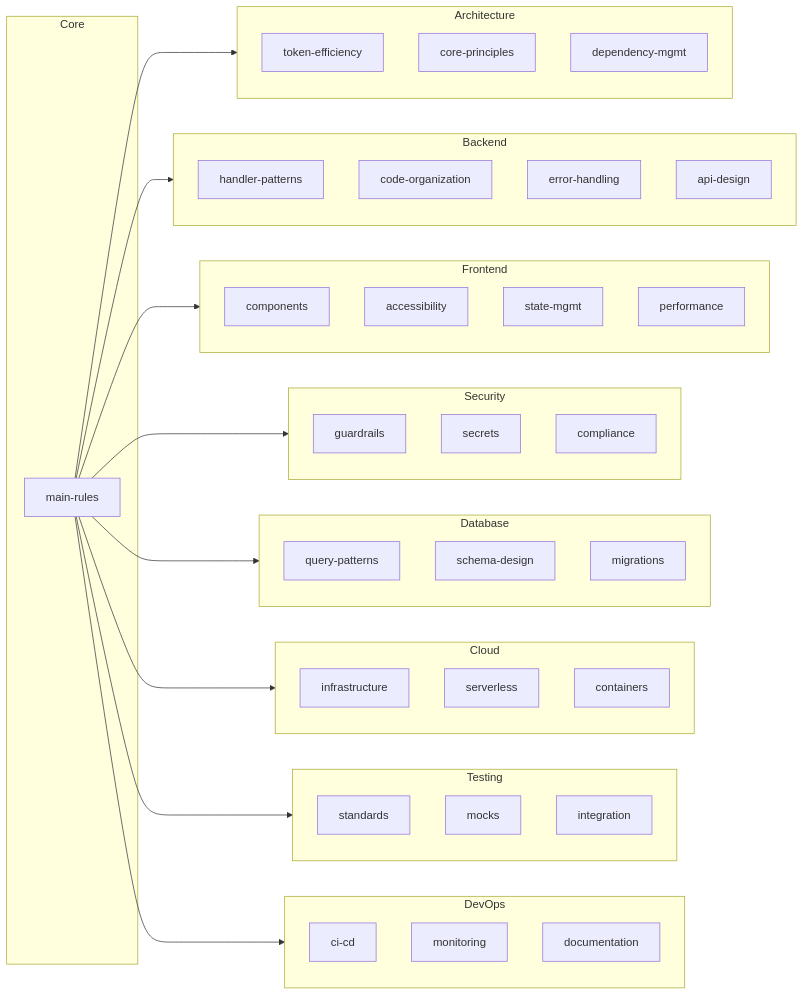
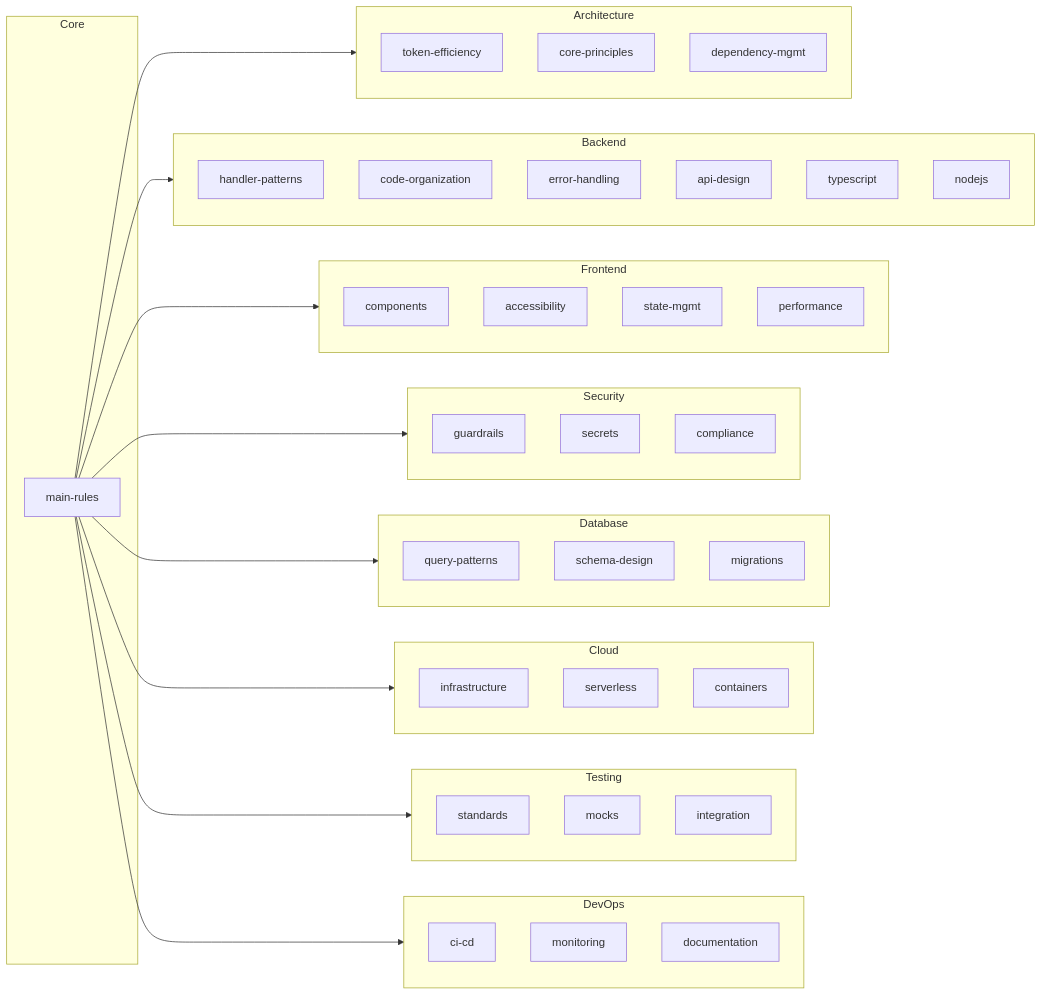
The eighth of 11 diagrams in README.md (girijashankarj/cursor-handbook), drawn with Mermaid before and after one commit. The commit also changed other lines of this file and 173 other files, not shown here.

````diff
--- a/README.md
+++ b/README.md
@@ -403,58 +499,60 @@
 ```mermaid
 graph LR
     subgraph MAIN ["Core"]
         M[main-rules]
     end
 
     subgraph ARCH ["Architecture"]
         A1[token-efficiency]
         A2[core-principles]
         A3[dependency-mgmt]
     end
 
     subgraph BE ["Backend"]
         B1[handler-patterns]
         B2[code-organization]
         B3[error-handling]
         B4[api-design]
+        B5[typescript]
+        B6[nodejs]
     end
 
     subgraph FE ["Frontend"]
         F1[components]
         F2[accessibility]
         F3[state-mgmt]
         F4[performance]
     end
 
     subgraph SEC ["Security"]
         S1[guardrails]
         S2[secrets]
         S3[compliance]
     end
 
     subgraph DB ["Database"]
         D1[query-patterns]
         D2[schema-design]
         D3[migrations]
     end
 
     subgraph CLD ["Cloud"]
         C1[infrastructure]
         C2[serverless]
         C3[containers]
     end
 
     subgraph TST ["Testing"]
         T1[standards]
         T2[mocks]
         T3[integration]
     end
 
     subgraph OPS ["DevOps"]
         O1[ci-cd]
         O2[monitoring]
         O3[documentation]
     end
 
     M --> ARCH & BE & FE & SEC & DB & CLD & TST & OPS
 ```
````
